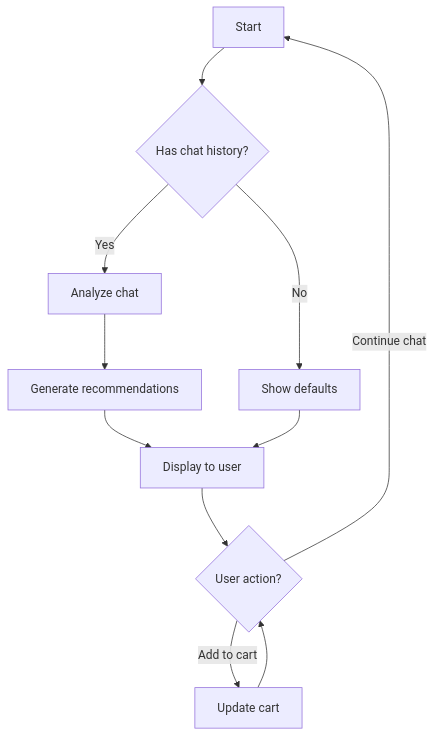
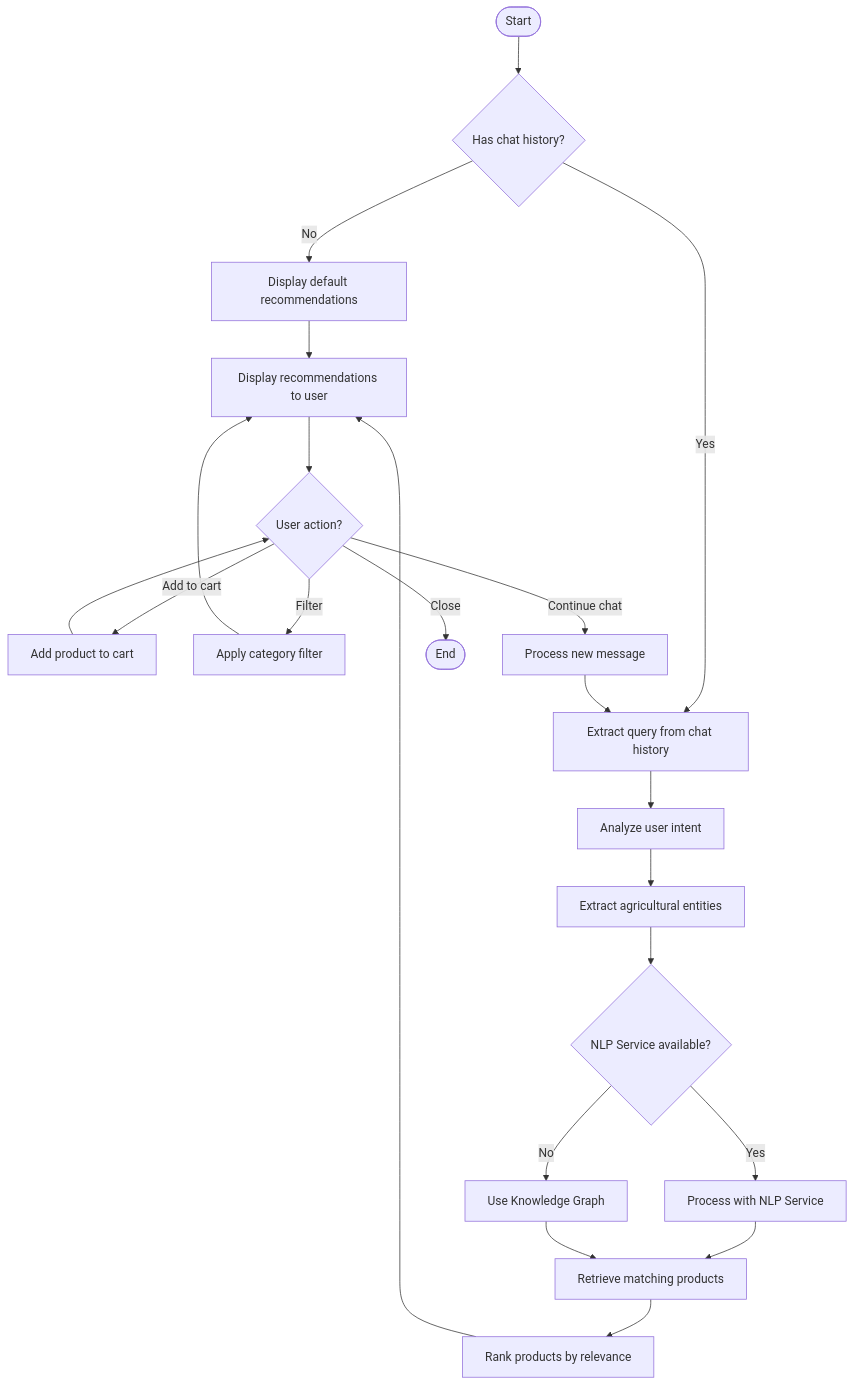
The fifth of 7 diagrams in documentation/digram.md (Gauravkrsah/Cropsay), drawn with Mermaid before and after one commit. The commit also changed other lines of this file, not shown here.

Commit message:
Update diagrams to follow proper UML standards with more accurate system representation

````diff
--- a/documentation/digram.md
+++ b/documentation/digram.md
@@ -166,13 +395,33 @@
 ```mermaid
 graph TD
-    A[Start] --> B{Has chat history?}
-    B -->|No| C[Show defaults]
-    B -->|Yes| D[Analyze chat]
-    D --> E[Generate recommendations]
-    E --> F[Display to user]
-    C --> F
-    F --> G{User action?}
-    G -->|Add to cart| H[Update cart]
-    G -->|Continue chat| A
-    H --> G
+    Start([Start]) --> CheckHistory{Has chat history?}
+    
+    CheckHistory -->|No| ShowDefaults[Display default recommendations]
+    CheckHistory -->|Yes| ExtractQuery[Extract query from chat history]
+    
+    ExtractQuery --> AnalyzeIntent[Analyze user intent]
+    AnalyzeIntent --> ExtractEntities[Extract agricultural entities]
+    
+    ExtractEntities --> CheckNLP{NLP Service available?}
+    
+    CheckNLP -->|Yes| CallNLP[Process with NLP Service]
+    CheckNLP -->|No| UseKG[Use Knowledge Graph]
+    
+    CallNLP --> GetProducts[Retrieve matching products]
+    UseKG --> GetProducts
+    
+    GetProducts --> RankProducts[Rank products by relevance]
+    ShowDefaults --> DisplayRecs[Display recommendations to user]
+    RankProducts --> DisplayRecs
+    
+    DisplayRecs --> UserAction{User action?}
+    
+    UserAction -->|Add to cart| UpdateCart[Add product to cart]
+    UserAction -->|Filter| ApplyFilter[Apply category filter]
+    UserAction -->|Continue chat| NewMessage[Process new message]
+    UserAction -->|Close| End([End])
+    
+    UpdateCart --> UserAction
+    ApplyFilter --> DisplayRecs
+    NewMessage --> ExtractQuery
 ```
````
